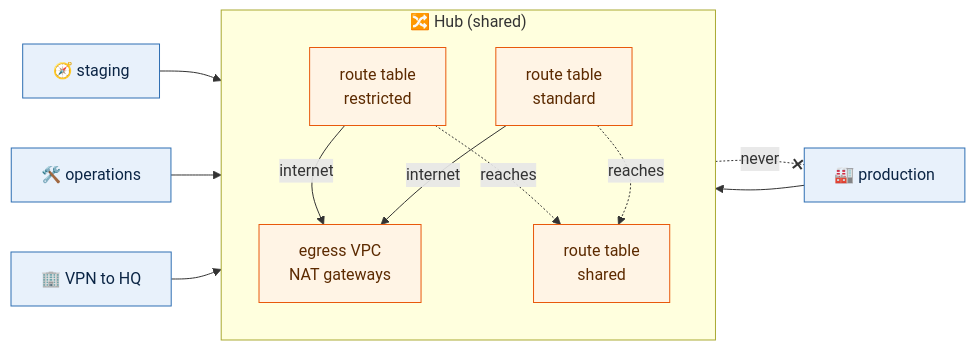
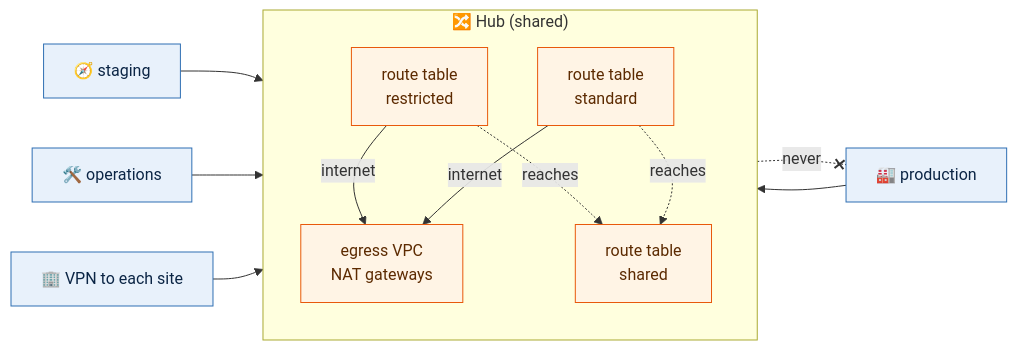
One commit to justin-samuel12/terraform-aws-scaffold changed the diagram in docs/network.md. Above: the diagram before and after it, drawn with Mermaid. The commit also changed other lines of this file and 978 other files, not shown here.

````diff
--- a/docs/network.md
+++ b/docs/network.md
@@ -8,24 +9,24 @@
 ```mermaid
 flowchart LR
   subgraph hub["🔀 Hub (shared)"]
     direction TB
     rtR["route table<br/>restricted"]
     rtS["route table<br/>standard"]
     rtSh["route table<br/>shared"]
     egress["egress VPC<br/>NAT gateways"]
   end
   prd["🏭 production"] --> rtR
   stg["🧭 staging"] --> rtS
   ops["🛠️ operations"] --> rtSh
-  vpn["🏢 VPN to HQ"] --> rtSh
+  vpn["🏢 VPN to each site"] --> rtSh
   rtR -->|internet| egress
   rtS -->|internet| egress
   rtR -.->|reaches| rtSh
   rtS -.->|reaches| rtSh
   rtS -. never .-x prd
 
   classDef env fill:#e8f1fb,stroke:#2f6fb3,color:#0b2545
   classDef t fill:#fff4e5,stroke:#e8590c,color:#5c2a00
   class prd,stg,ops,vpn env
   class rtR,rtS,rtSh,egress t
 ```
````
